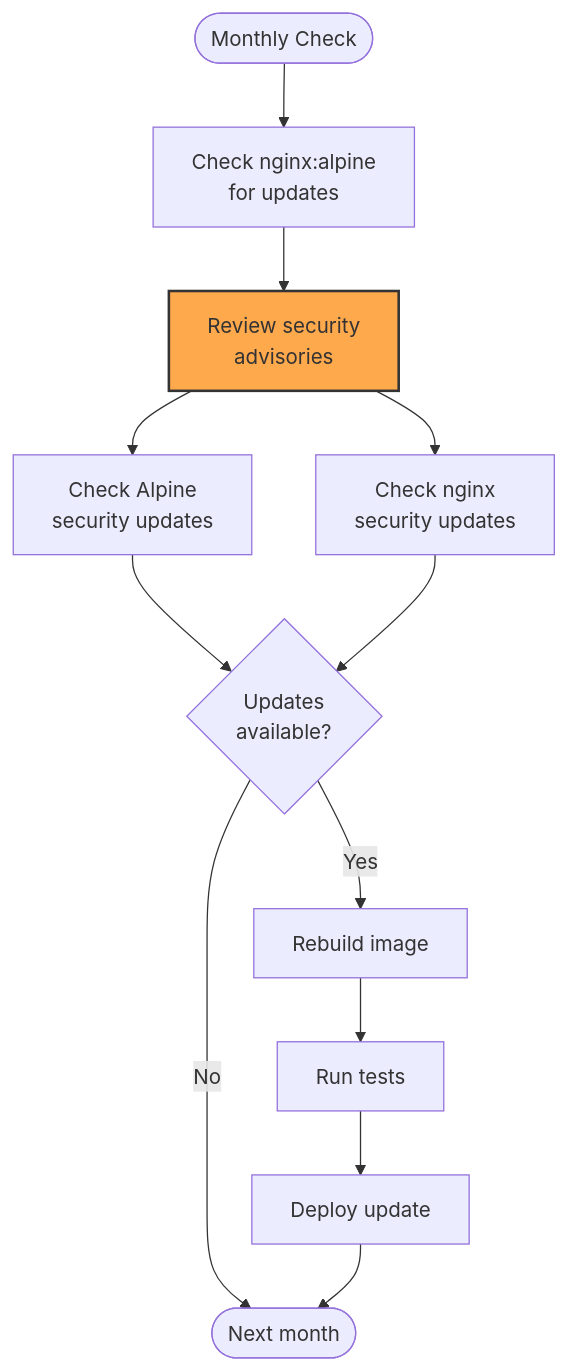
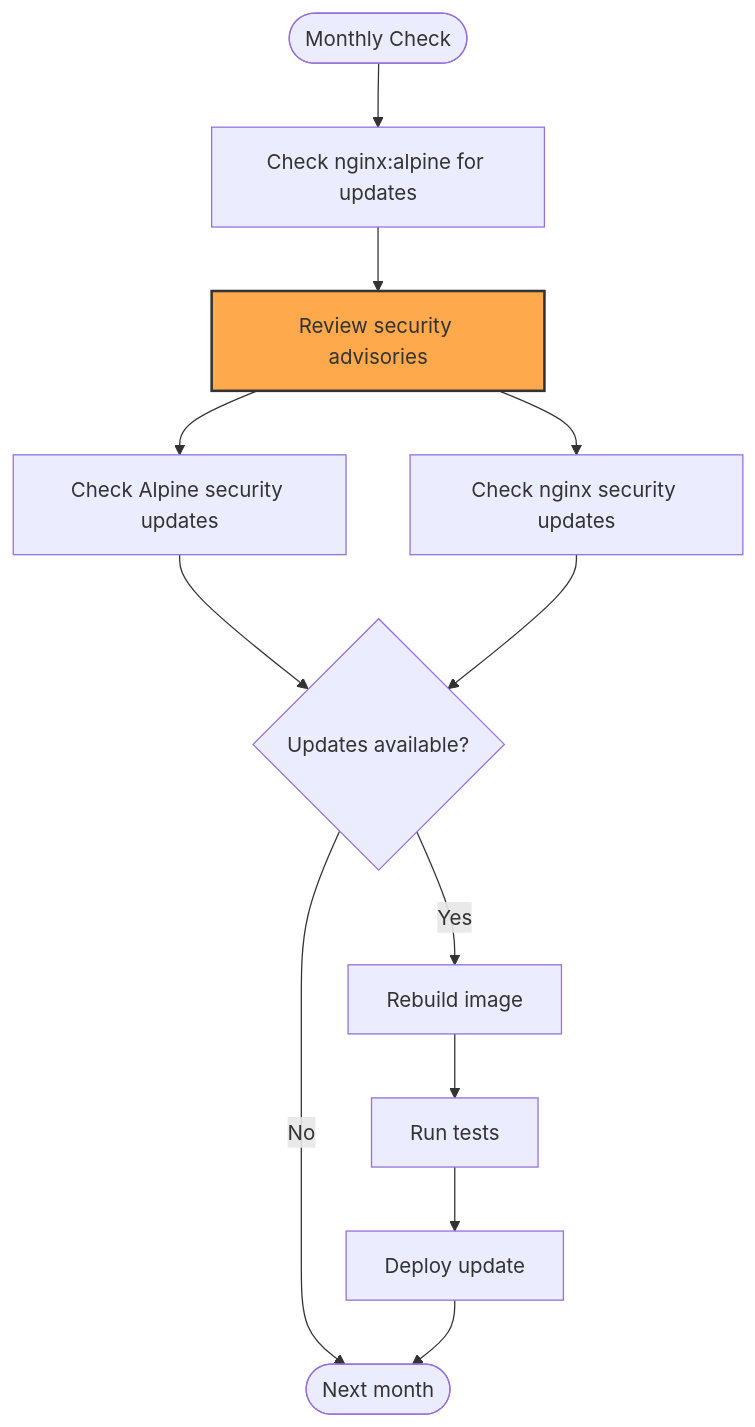
Before and after one commit to softwarewrighter/dev-proxy: diagram 16 of 17 in wiki/Security.md, drawn with Mermaid. The commit also changed other lines of this file and 6 other files, not shown here.

First line of the commit message:
Fix wiki Mermaid diagrams: remove <br/> tags

````diff
--- a/wiki/Security.md
+++ b/wiki/Security.md
@@ -500,22 +500,22 @@
 ```mermaid
 graph TB
-    Start([Monthly Check]) --> Base[Check nginx:alpine<br/>for updates]
+    Start([Monthly Check]) --> Base[Check nginx:alpine for updates]
 
-    Base --> Security[Review security<br/>advisories]
+    Base --> Security[Review security advisories]
 
-    Security --> Alpine[Check Alpine<br/>security updates]
-    Security --> Nginx[Check nginx<br/>security updates]
+    Security --> Alpine[Check Alpine security updates]
+    Security --> Nginx[Check nginx security updates]
 
-    Alpine --> Update{Updates<br/>available?}
+    Alpine --> Update{Updates available?}
     Nginx --> Update
 
     Update -->|Yes| Rebuild[Rebuild image]
     Update -->|No| Done([Next month])
 
     Rebuild --> Test[Run tests]
     Test --> Deploy[Deploy update]
 
     Deploy --> Done
 
     style Security fill:#ffa94d,stroke:#333,stroke-width:2px
 ```
````
